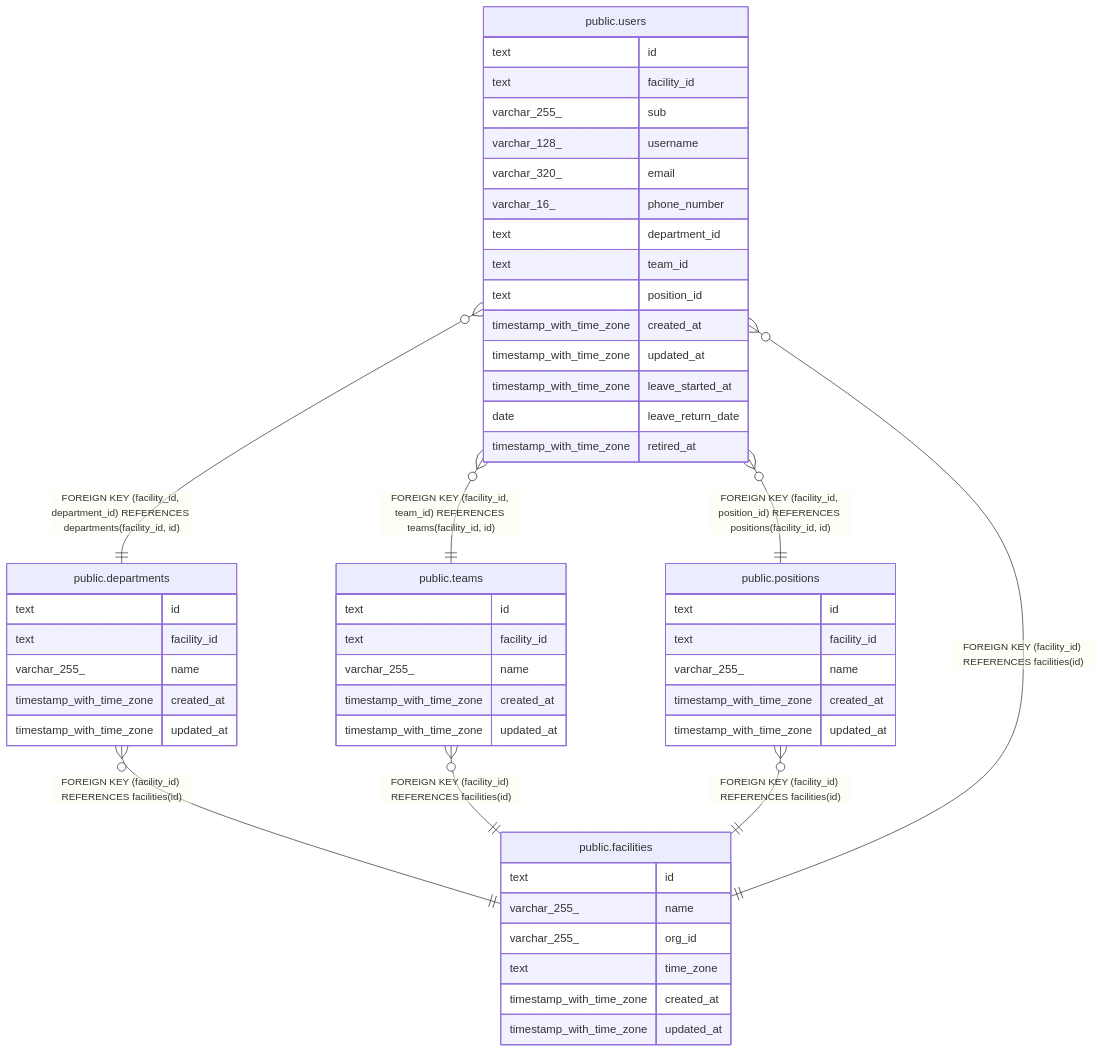
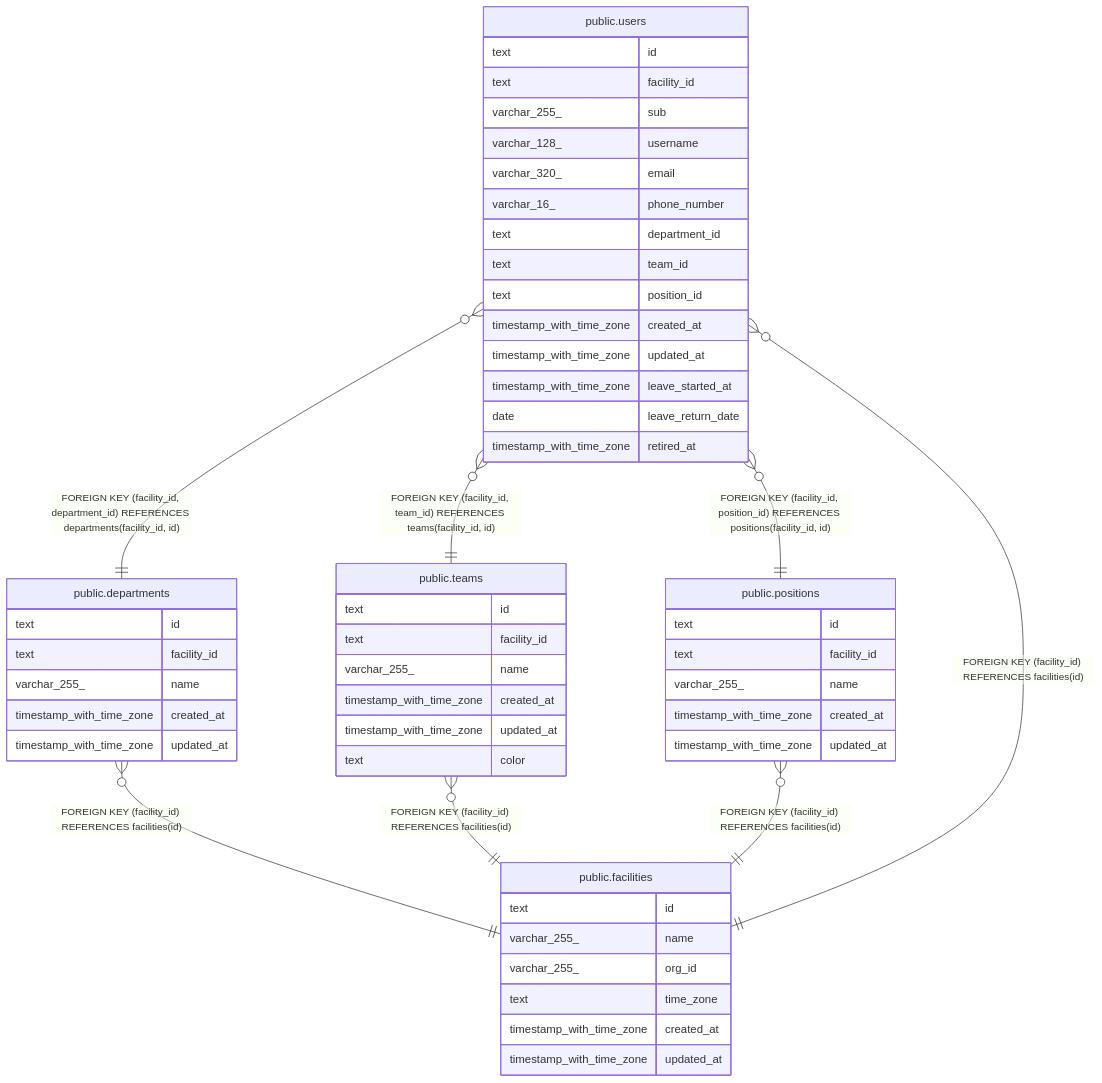
Before and after one commit to Fukuemon/buddy: the diagram in docs/db/schedule/viewpoint-organization.md, drawn with Mermaid. The commit also changed other lines of this file and 27 other files, not shown here.

````diff
--- a/docs/db/schedule/viewpoint-organization.md
+++ b/docs/db/schedule/viewpoint-organization.md
@@ -19,57 +19,58 @@
 ```mermaid
 erDiagram
 
 "public.departments" }o--|| "public.facilities" : "FOREIGN KEY (facility_id) REFERENCES facilities(id)"
 "public.teams" }o--|| "public.facilities" : "FOREIGN KEY (facility_id) REFERENCES facilities(id)"
 "public.positions" }o--|| "public.facilities" : "FOREIGN KEY (facility_id) REFERENCES facilities(id)"
 "public.users" }o--|| "public.facilities" : "FOREIGN KEY (facility_id) REFERENCES facilities(id)"
 "public.users" }o--|| "public.departments" : "FOREIGN KEY (facility_id, department_id) REFERENCES departments(facility_id, id)"
 "public.users" }o--|| "public.teams" : "FOREIGN KEY (facility_id, team_id) REFERENCES teams(facility_id, id)"
 "public.users" }o--|| "public.positions" : "FOREIGN KEY (facility_id, position_id) REFERENCES positions(facility_id, id)"
 
 "public.facilities" {
   text id
   varchar_255_ name
   varchar_255_ org_id
   text time_zone
   timestamp_with_time_zone created_at
   timestamp_with_time_zone updated_at
 }
 "public.departments" {
   text id
   text facility_id
   varchar_255_ name
   timestamp_with_time_zone created_at
   timestamp_with_time_zone updated_at
 }
 "public.teams" {
   text id
   text facility_id
   varchar_255_ name
   timestamp_with_time_zone created_at
   timestamp_with_time_zone updated_at
+  text color
 }
 "public.positions" {
   text id
   text facility_id
   varchar_255_ name
   timestamp_with_time_zone created_at
   timestamp_with_time_zone updated_at
 }
 "public.users" {
   text id
   text facility_id
   varchar_255_ sub
   varchar_128_ username
   varchar_320_ email
   varchar_16_ phone_number
   text department_id
   text team_id
   text position_id
   timestamp_with_time_zone created_at
   timestamp_with_time_zone updated_at
   timestamp_with_time_zone leave_started_at
   date leave_return_date
   timestamp_with_time_zone retired_at
 }
 ```
````
